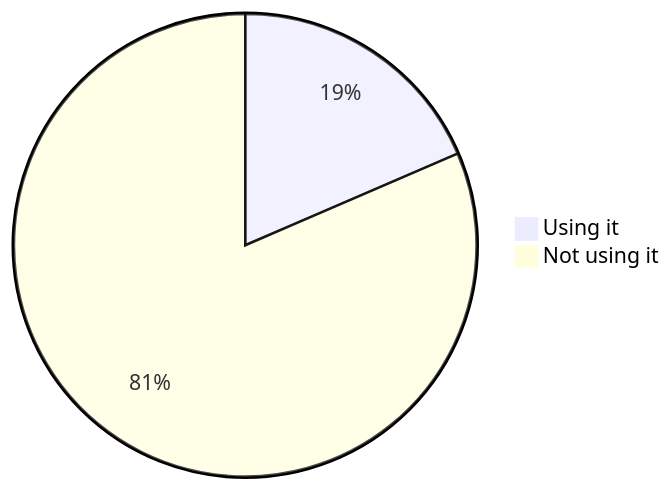
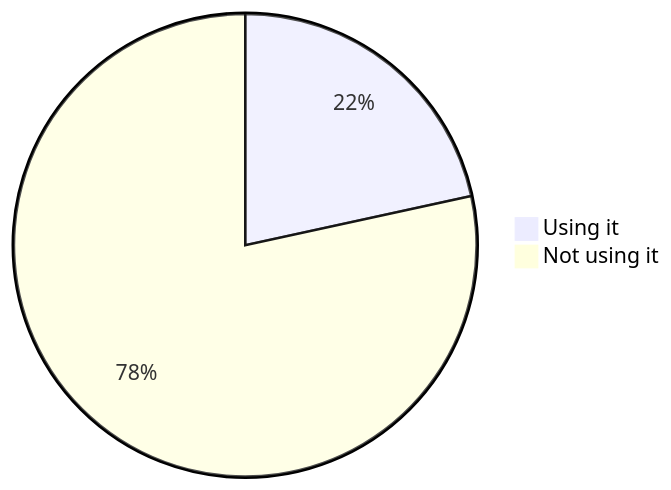
The fourth of 18 diagrams in stats.md (oshp/oshp-stats), drawn with Mermaid before and after one commit. The commit also changed other lines of this file and 1 other file, not shown here.

````diff
--- a/stats.md
+++ b/stats.md
@@ -44,6 +44,6 @@
 ```mermaid
 pie
-	"Using it" : 18.51
-	"Not using it" : 81.49
+	"Using it" : 21.58
+	"Not using it" : 78.42
 
 ```
````
